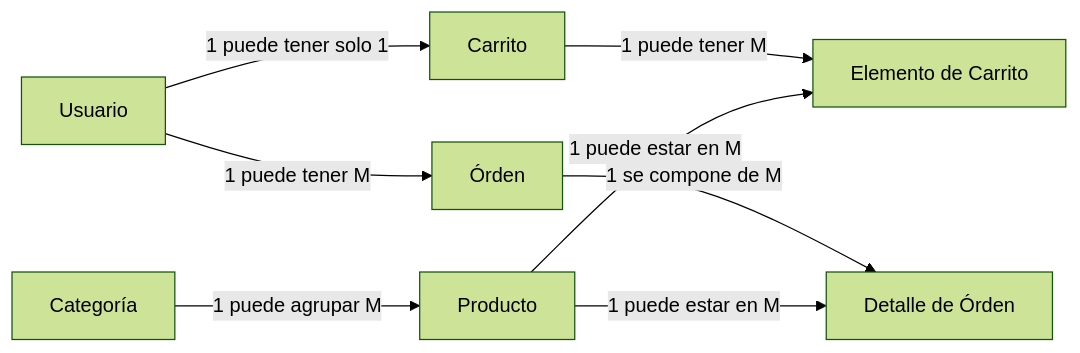
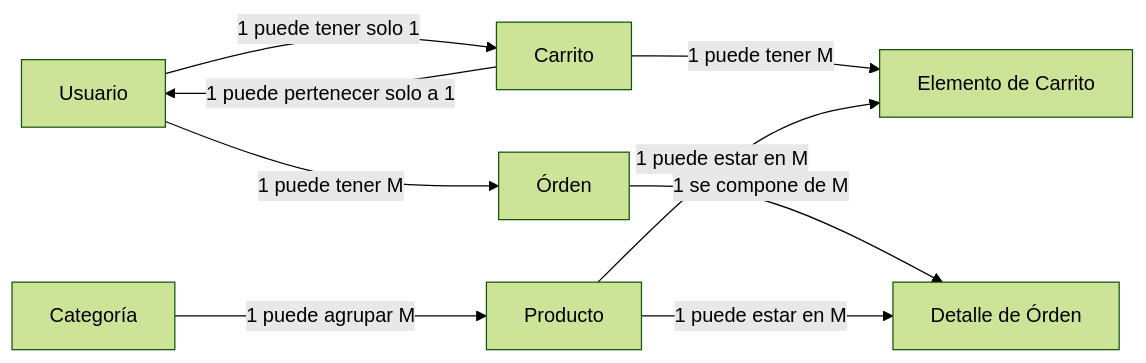
Before and after one commit to Carlos-Eduardo-17/shop-mvp: the diagram in docs/diagramaER.md, drawn with Mermaid (forest theme). The commit also changed other lines of this file and 4 other files, not shown here.

````diff
--- a/docs/diagramaER.md
+++ b/docs/diagramaER.md
@@ -2,21 +2,22 @@
 ```mermaid
 
 graph LR
 
 U[Usuario]
 C[Carrito]
 O[Órden]
 T[Categoría]
 P[Producto]
 E[Elemento de Carrito]
 D[Detalle de Órden]
 
     U -->|1 puede tener solo 1| C
+    C -->|1 puede pertenecer solo a 1| U
     U -->|1 puede tener M| O
     T -->|1 puede agrupar M| P
     C -->|1 puede tener M| E
     O -->|1 se compone de M| D
     P -->|1 puede estar en M| D
     P -->|1 puede estar en M| E
 
 ```
````
